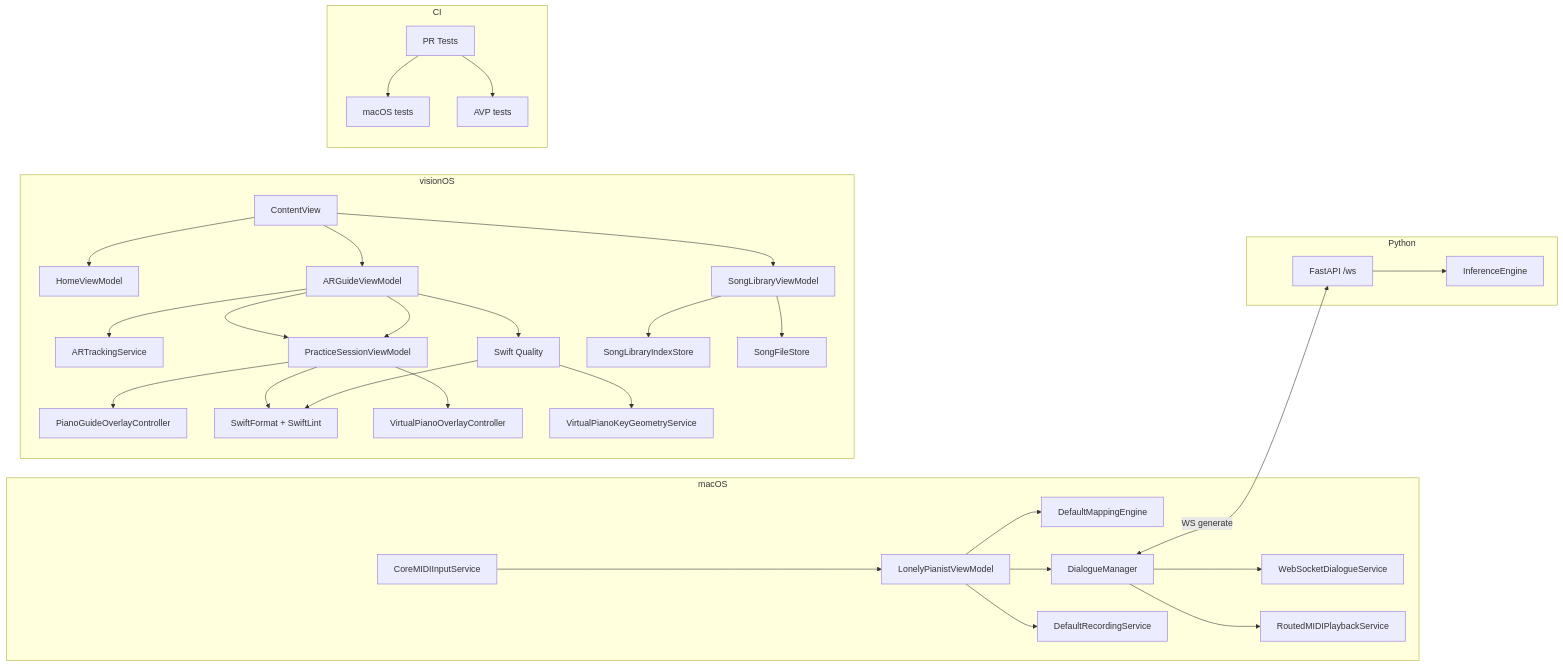
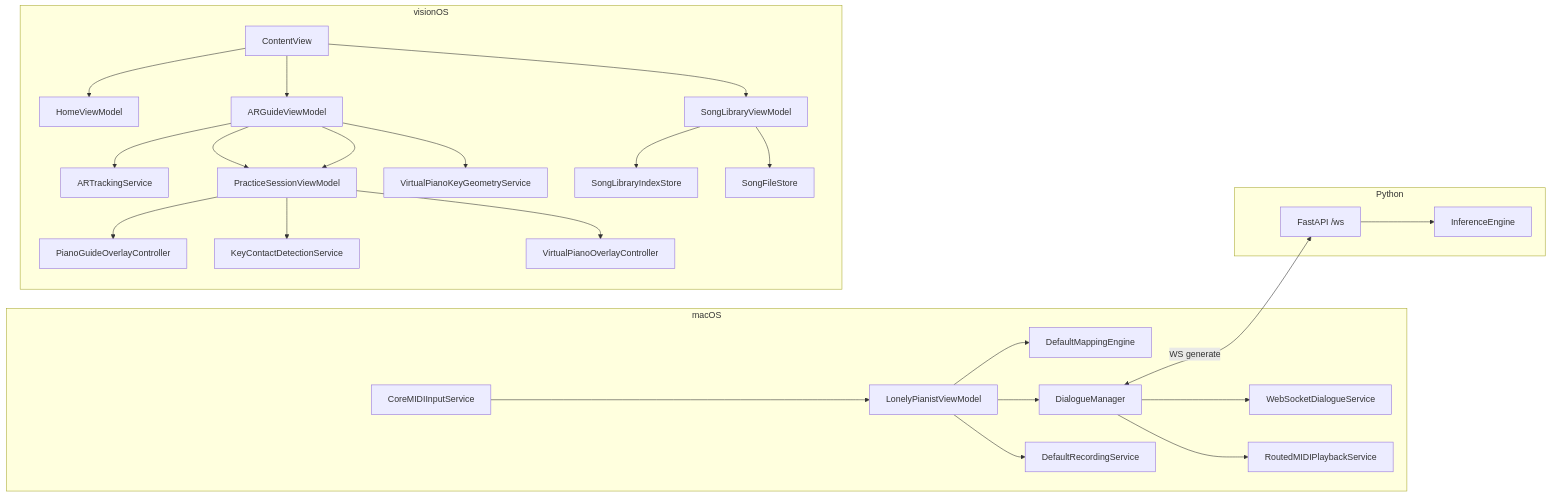
Before and after one commit to chiimagnus/HappyPianist: the diagram in .github/deepwiki/architecture.md, drawn with Mermaid. The commit also changed other lines of this file and 12 other files, not shown here.

````diff
--- a/.github/deepwiki/architecture.md
+++ b/.github/deepwiki/architecture.md
@@ -32,39 +33,32 @@
 ```mermaid
 flowchart LR
   subgraph macOS
     A[CoreMIDIInputService] --> B[LonelyPianistViewModel]
     B --> C[DefaultMappingEngine]
     B --> D[DialogueManager]
     B --> E[DefaultRecordingService]
     D --> F[WebSocketDialogueService]
     D --> G[RoutedMIDIPlaybackService]
   end
 
   subgraph visionOS
     H[ContentView] --> I[HomeViewModel]
     H --> J[SongLibraryViewModel]
     H --> K[ARGuideViewModel]
     K --> L[ARTrackingService]
     K --> M[PracticeSessionViewModel]
-    K --> V[VirtualPianoPlacementViewModel]
     M --> N[PianoGuideOverlayController]
     M --> W[KeyContactDetectionService]
     M --> X[VirtualPianoOverlayController]
-    V --> Y[VirtualPianoKeyGeometryService]
+    K --> Y[VirtualPianoKeyGeometryService]
     J --> O[SongLibraryIndexStore]
     J --> P[SongFileStore]
   end
 
   subgraph Python
     Q[FastAPI /ws] --> R[InferenceEngine]
   end
 
-  subgraph CI
-    S[PR Tests] --> T[macOS tests]
-    S --> U[AVP tests]
-    V[Swift Quality] --> W[SwiftFormat + SwiftLint]
-  end
-
   D <-->|WS generate| Q
   K --> M
 ```
````
